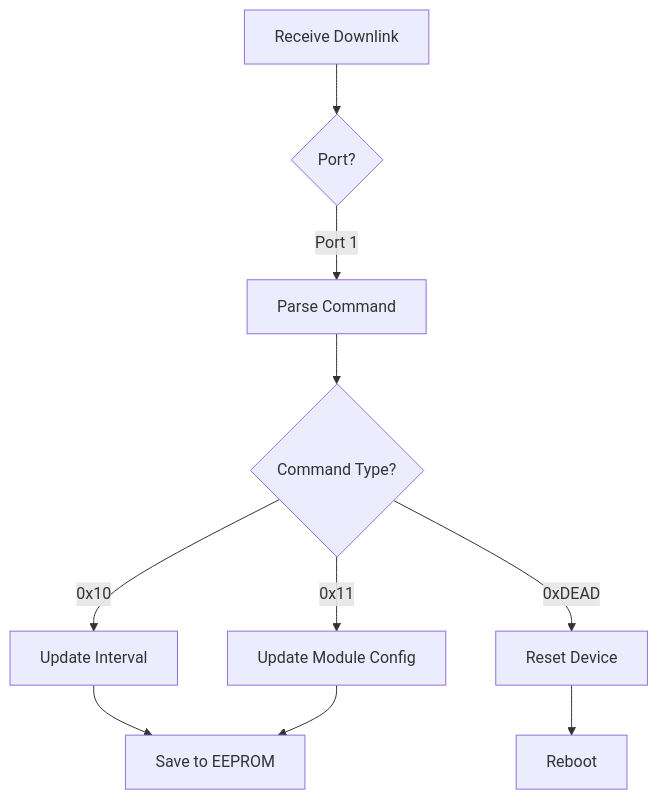
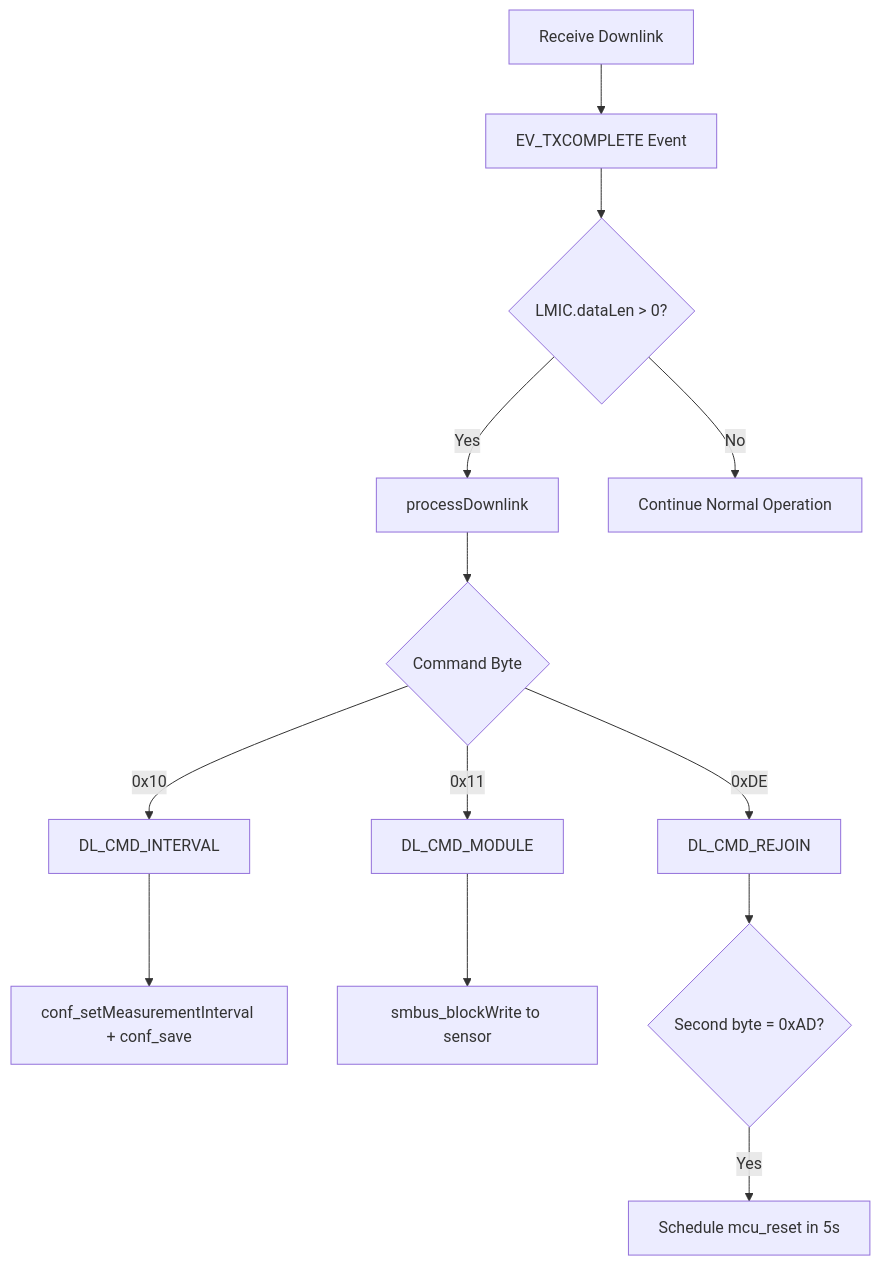
The third of 3 diagrams in src/content/docs/firmware/architecture.md (MrMisterMisterMister/MFM-docs), drawn with Mermaid before and after one commit. The commit also changed other lines of this file and 11 other files, not shown here.

````diff
--- a/src/content/docs/firmware/architecture.md
+++ b/src/content/docs/firmware/architecture.md
@@ -165,12 +207,15 @@
 ```mermaid
 graph TD
-    A[Receive Downlink] --> B{Port?}
-    B -->|Port 1| C[Parse Command]
-    C --> D{Command Type?}
-    D -->|0x10| E[Update Interval]
-    D -->|0x11| F[Update Module Config]
-    D -->|0xDEAD| G[Reset Device]
-    E --> H[Save to EEPROM]
-    F --> H
-    G --> I[Reboot]
+    A[Receive Downlink] --> B[EV_TXCOMPLETE Event]
+    B --> C{LMIC.dataLen > 0?}
+    C -->|Yes| D[processDownlink]
+    D --> E{Command Byte}
+    E -->|0x10| F[DL_CMD_INTERVAL]
+    E -->|0x11| G[DL_CMD_MODULE]
+    E -->|0xDE| H[DL_CMD_REJOIN]
+    F --> I[conf_setMeasurementInterval + conf_save]
+    G --> J[smbus_blockWrite to sensor]
+    H --> K{Second byte = 0xAD?}
+    K -->|Yes| L[Schedule mcu_reset in 5s]
+    C -->|No| M[Continue Normal Operation]
 ```
````
